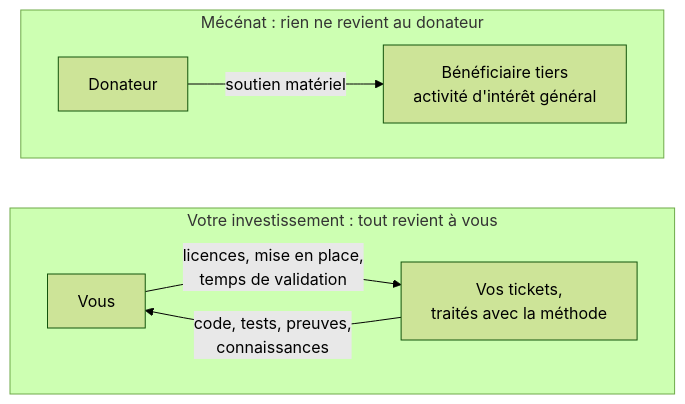
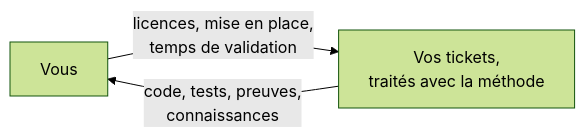
The first of 5 diagrams in docs/presentation-valeur-ia/presentation-valeur-ia.md (FredGarcia/Agent2Prompt), drawn with Mermaid (forest theme) before and after one commit. The commit also changed other lines of this file and 3 other files, not shown here.

````diff
--- a/docs/presentation-valeur-ia/presentation-valeur-ia.md
+++ b/docs/presentation-valeur-ia/presentation-valeur-ia.md
@@ -70,13 +19,5 @@
 ```mermaid
-flowchart TB
-  subgraph M["Mécénat : rien ne revient au donateur"]
-    direction LR
-    D1["Donateur"] -- "soutien matériel" --> B1["Bénéficiaire tiers<br/>activité d'intérêt général"]
-  end
-  subgraph I["Votre investissement : tout revient à vous"]
-    direction LR
-    C["Vous"] -- "licences, mise en place,<br/>temps de validation" --> P["Vos tickets,<br/>traités avec la méthode"]
-    P -- "code, tests, preuves,<br/>connaissances" --> C
-  end
-  M ~~~ I
+flowchart LR
+  C["Vous"] -- "licences, mise en place,<br/>temps de validation" --> P["Vos tickets,<br/>traités avec la méthode"]
+  P -- "code, tests, preuves,<br/>connaissances" --> C
 ```
````
